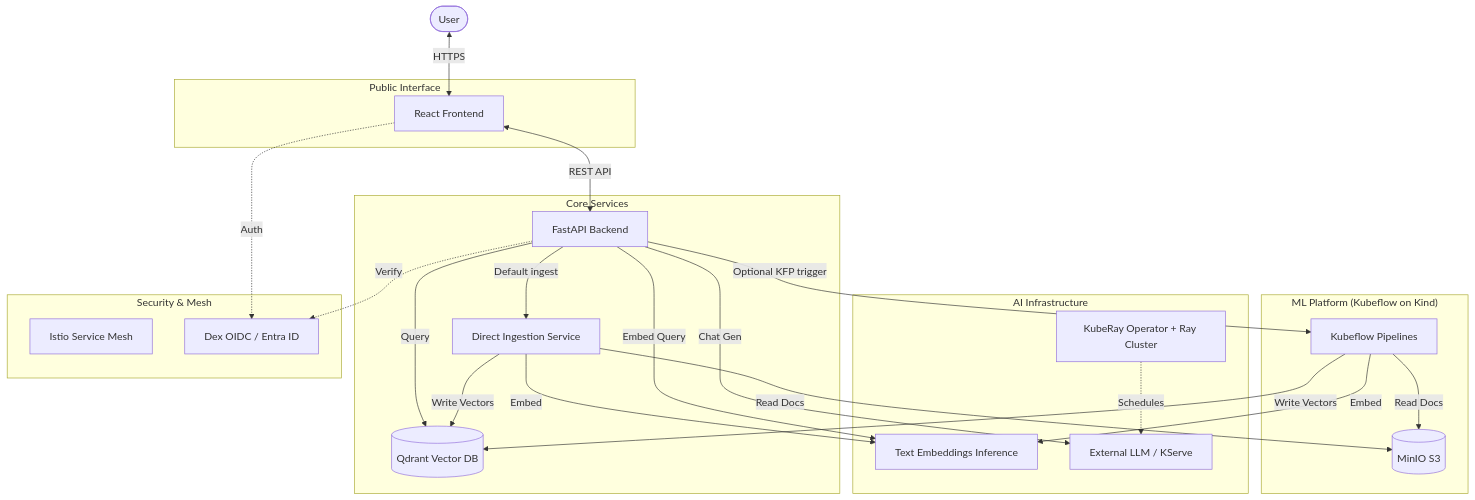
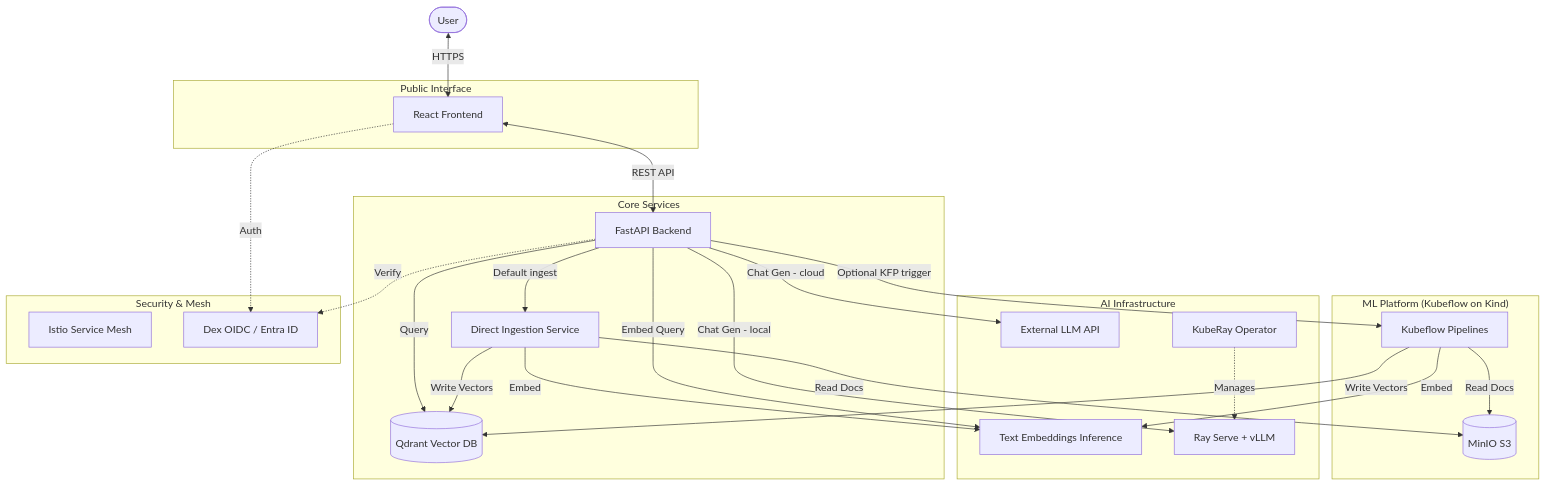
The diagram in docs/context/ARCHITECTURE.md (elis-salobehaj/Vellum), drawn with Mermaid before and after one commit. The commit also changed other lines of this file and 19 other files, not shown here.

````diff
--- a/docs/context/ARCHITECTURE.md
+++ b/docs/context/ARCHITECTURE.md
@@ -36,51 +37,53 @@
 ```mermaid
 graph TD
     User([User])
     
     subgraph "Public Interface"
         Frontend[React Frontend]
     end
     
     subgraph "Core Services"
         Backend[FastAPI Backend]
         Qdrant[(Qdrant Vector DB)]
         Direct[Direct Ingestion Service]
     end
     
     subgraph "ML Platform (Kubeflow on Kind)"
         KFP[Kubeflow Pipelines]
         MinIO[(MinIO S3)]
     end
     
     subgraph "AI Infrastructure"
         TEI[Text Embeddings Inference]
-        LLM[External LLM / KServe]
-        KubeRay[KubeRay Operator + Ray Cluster]
+        RaySrv[Ray Serve + vLLM]
+        LLM[External LLM API]
+        KubeRay[KubeRay Operator]
     end
     
     User <-->|HTTPS| Frontend
     Frontend <-->|REST API| Backend
     Backend -->|Query| Qdrant
     Backend -->|Default ingest| Direct
     Backend -->|Optional KFP trigger| KFP
 
     Direct -->|Read Docs| MinIO
     Direct -->|Embed| TEI
     Direct -->|Write Vectors| Qdrant
     
     KFP -->|Read Docs| MinIO
     KFP -->|Embed| TEI
     KFP -->|Write Vectors| Qdrant
     
     Backend -->|Embed Query| TEI
-    Backend -->|Chat Gen| LLM
-    KubeRay -.->|Schedules| LLM
+    Backend -->|Chat Gen - local| RaySrv
+    Backend -->|Chat Gen - cloud| LLM
+    KubeRay -.->|Manages| RaySrv
     
     subgraph "Security & Mesh"
         Istio[Istio Service Mesh]
         Dex[Dex OIDC / Entra ID]
     end
     
     Frontend -.->|Auth| Dex
     Backend -.->|Verify| Dex
 ```
````
